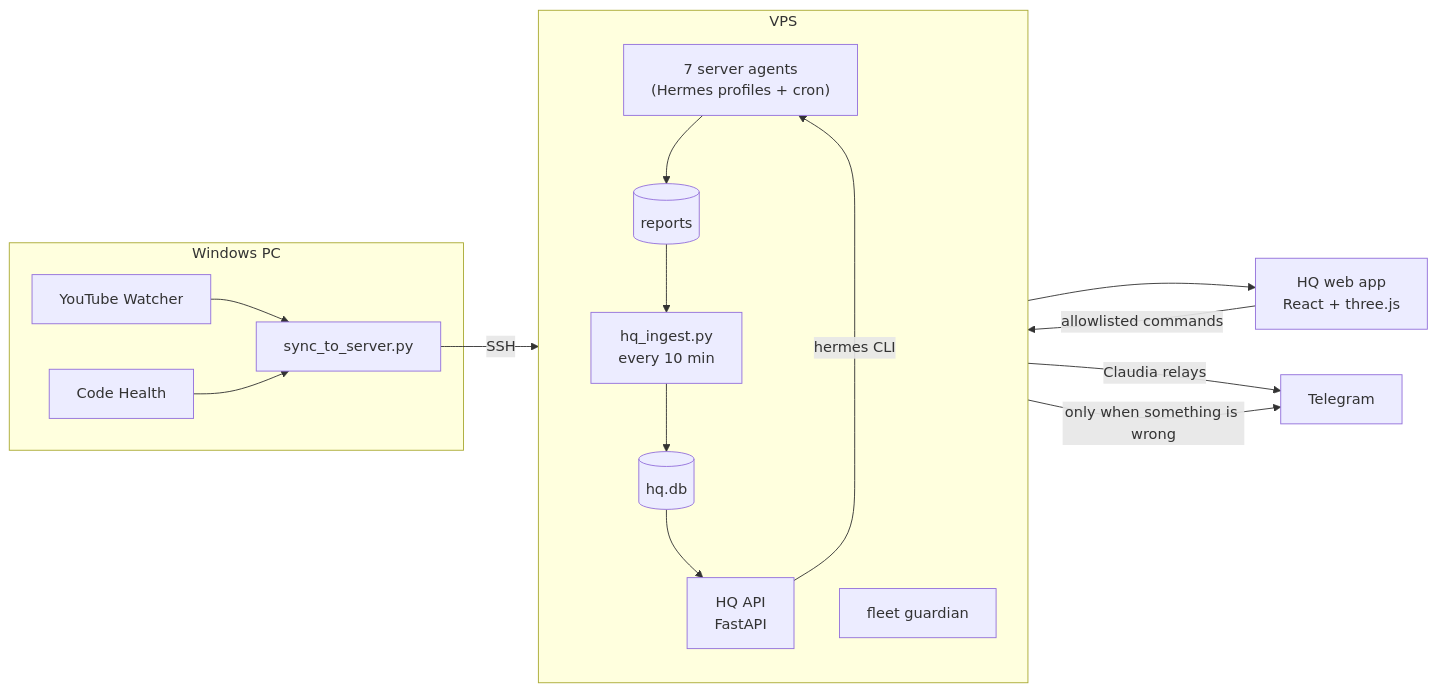
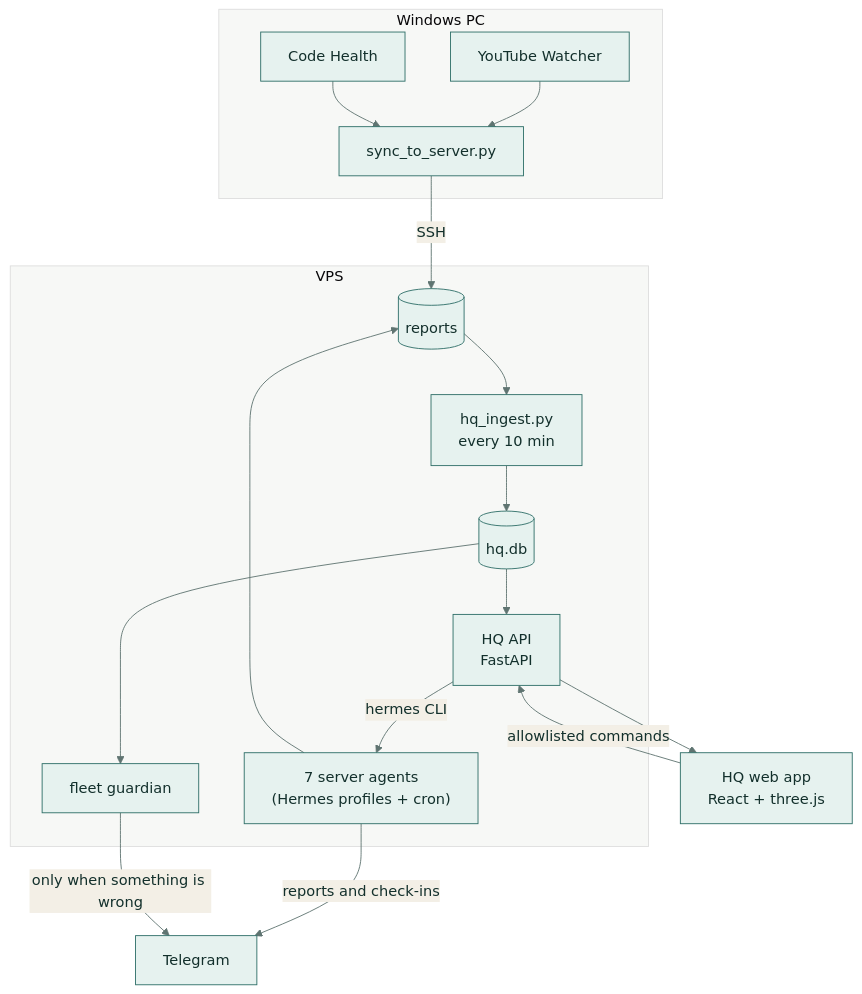
Before and after one commit to samiulhuda360/ai-employees: the first of 2 diagrams in README.md, drawn with Mermaid. The commit also changed other lines of this file and 3 other files, not shown here.

Commit message:
Docs: complete guide with architecture, run flow, setup and safeguards

````diff
--- a/README.md
+++ b/README.md
@@ -27,25 +42,28 @@
 ```mermaid
-flowchart LR
+%%{init: {"theme": "base", "themeVariables": {"primaryColor": "#e6f2ef", "primaryBorderColor": "#2f6f68", "primaryTextColor": "#13302c", "lineColor": "#5f7471", "secondaryColor": "#f3efe6", "tertiaryColor": "#f7f8f6"}}}%%
+flowchart TD
   subgraph PC["Windows PC"]
-    YW[YouTube Watcher]
-    CH[Code Health]
-    SYNC[sync_to_server.py]
+    YW["YouTube Watcher"]
+    CH["Code Health"]
+    SYNC["sync_to_server.py"]
   end
-  subgraph VPS
-    direction TB
+  subgraph VPS["VPS"]
     AG["7 server agents<br/>(Hermes profiles + cron)"]
-    OUT[(reports)]
-    ING[hq_ingest.py<br/>every 10 min]
-    DB[(hq.db)]
-    API[HQ API<br/>FastAPI]
-    GUARD[fleet guardian]
+    OUT[("reports")]
+    ING["hq_ingest.py<br/>every 10 min"]
+    DB[("hq.db")]
+    API["HQ API<br/>FastAPI"]
+    GUARD["fleet guardian"]
   end
-  TG[Telegram]
-  WEB[HQ web app<br/>React + three.js]
+  TG["Telegram"]
+  WEB["HQ web app<br/>React + three.js"]
 
-  YW & CH --> SYNC -->|SSH| OUT
+  YW --> SYNC
+  CH --> SYNC
+  SYNC -->|"SSH"| OUT
   AG --> OUT --> ING --> DB --> API --> WEB
-  AG -->|Claudia relays| TG
-  GUARD -->|only when something is wrong| TG
-  WEB -->|allowlisted commands| API -->|hermes CLI| AG
+  DB --> GUARD
+  AG -->|"reports and check-ins"| TG
+  GUARD -->|"only when something is wrong"| TG
+  WEB -->|"allowlisted commands"| API -->|"hermes CLI"| AG
 ```
````
